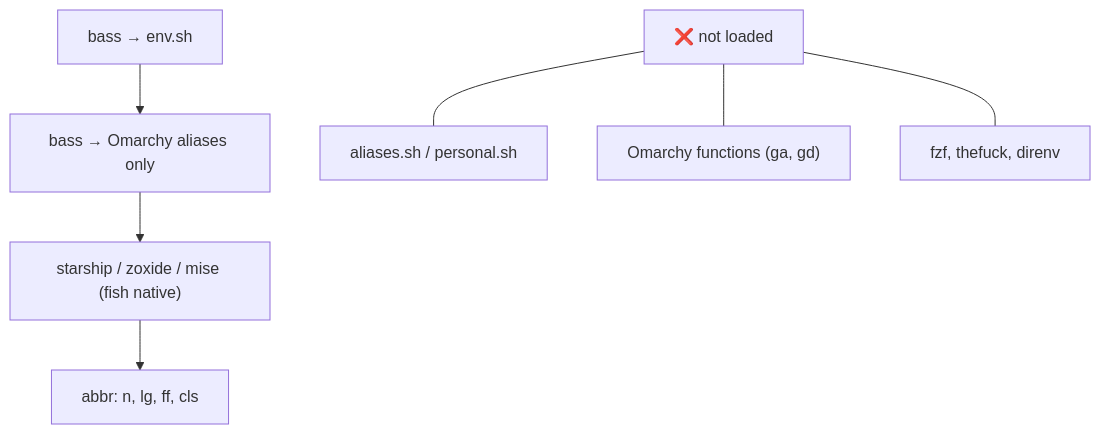
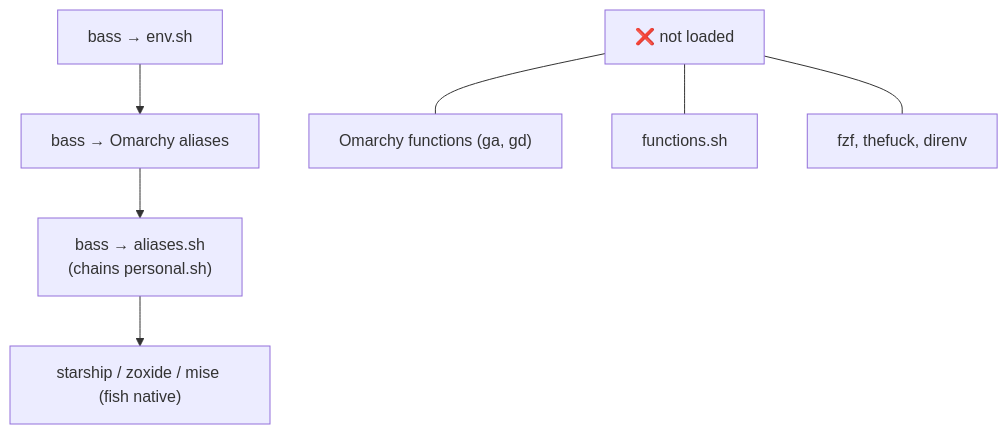
The eighth of 9 diagrams in shell.md (p10ns11y/shellyxz.sh), drawn with Mermaid before and after one commit. The commit also changed other lines of this file and 3 other files, not shown here.

````diff
--- a/shell.md
+++ b/shell.md
@@ -266,10 +252,10 @@
 ```mermaid
 flowchart TD
-    F1["bass → env.sh"] --> F2["bass → Omarchy aliases only"]
-    F2 --> F3["starship / zoxide / mise (fish native)"]
-    F3 --> F4["abbr: n, lg, ff, cls"]
+    F1["bass → env.sh"] --> F2["bass → Omarchy aliases"]
+    F2 --> F3["bass → aliases.sh<br/>(chains personal.sh)"]
+    F3 --> F4["starship / zoxide / mise (fish native)"]
 
-    F5["❌ not loaded"] --- F5a["aliases.sh / personal.sh"]
-    F5 --- F5b["Omarchy functions (ga, gd)"]
+    F5["❌ not loaded"] --- F5a["Omarchy functions (ga, gd)"]
+    F5 --- F5b["functions.sh"]
     F5 --- F5c["fzf, thefuck, direnv"]
 ```
````
